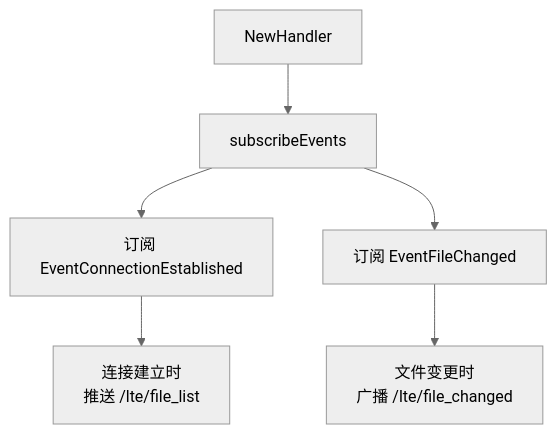
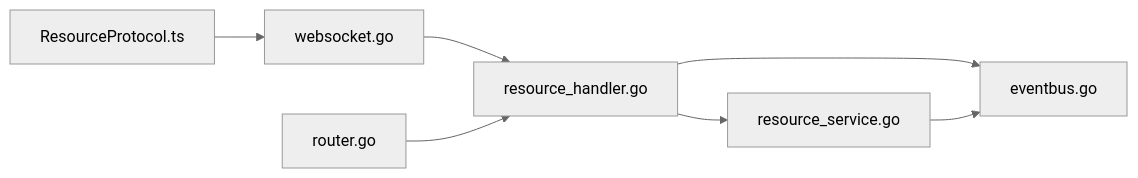
One commit to kqcoxn/MaaPipelineEditor changed the third of 3 diagrams in .qoder/repowiki/zh/content/开发者指南/LocalBridge 通信协议.md. Above: the diagram before and after it, drawn with Mermaid (neutral theme). The commit also changed other lines of this file and 10 other files, not shown here.

````diff
--- a/.qoder/repowiki/zh/content/开发者指南/LocalBridge 通信协议.md
+++ b/.qoder/repowiki/zh/content/开发者指南/LocalBridge 通信协议.md
@@ -332,8 +216,9 @@
 ```mermaid
-flowchart TD
-A["NewHandler"] --> B["subscribeEvents"]
-B --> C["订阅 EventConnectionEstablished"]
-C --> D["连接建立时\n推送 /lte/file_list"]
-B --> E["订阅 EventFileChanged"]
-E --> F["文件变更时\n广播 /lte/file_changed"]
+graph LR
+RH["resource_handler.go"] --> RS["resource_service.go"]
+RH --> EB["eventbus.go"]
+RS --> EB
+WS["websocket.go"] --> RH
+RP["ResourceProtocol.ts"] --> WS
+RT["router.go"] --> RH
 ```
````
